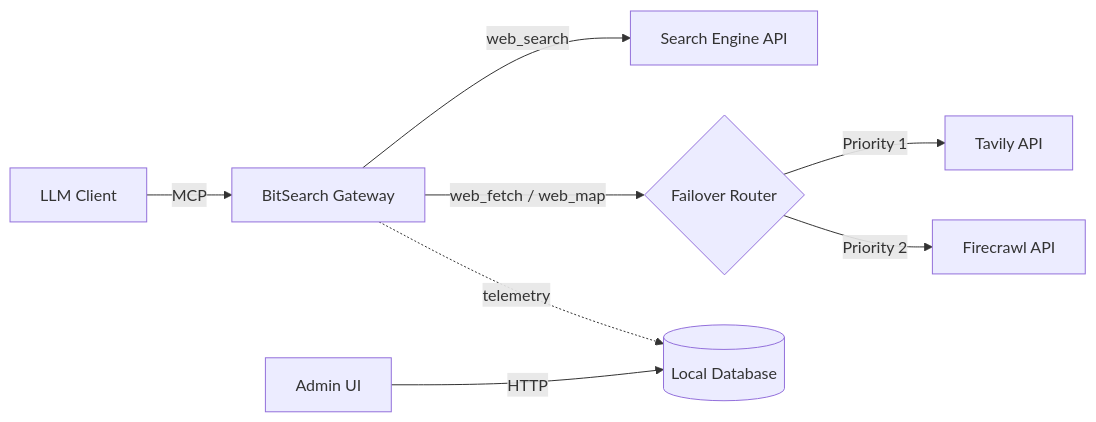
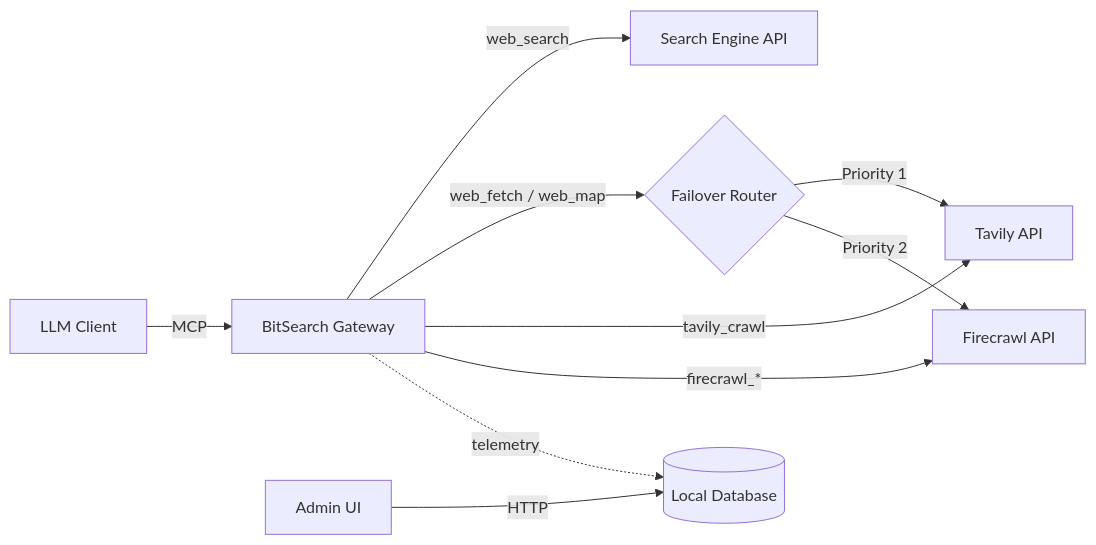
One commit to Hedeoer/bitsearch changed the diagram in README.md. Above: the diagram before and after it, drawn with Mermaid. The commit also changed other lines of this file and 8 other files, not shown here.

Commit message:
feat(mcp): add Tavily and Firecrawl advanced tools

````diff
--- a/README.md
+++ b/README.md
@@ -37,10 +37,12 @@
 ```mermaid
 flowchart LR
     Client[LLM Client] -- MCP --> Server[BitSearch Gateway]
     Server -- web_search --> SearchEngine[Search Engine API]
     Server -- web_fetch / web_map --> Router{Failover Router}
     Router -- Priority 1 --> Tavily[Tavily API]
     Router -- Priority 2 --> Firecrawl[Firecrawl API]
+    Server -- tavily_crawl --> Tavily
+    Server -- firecrawl_* --> Firecrawl
     Server -. telemetry .-> SQLite[(Local Database)]
     Admin[Admin UI] -- HTTP --> SQLite
 ```
````
